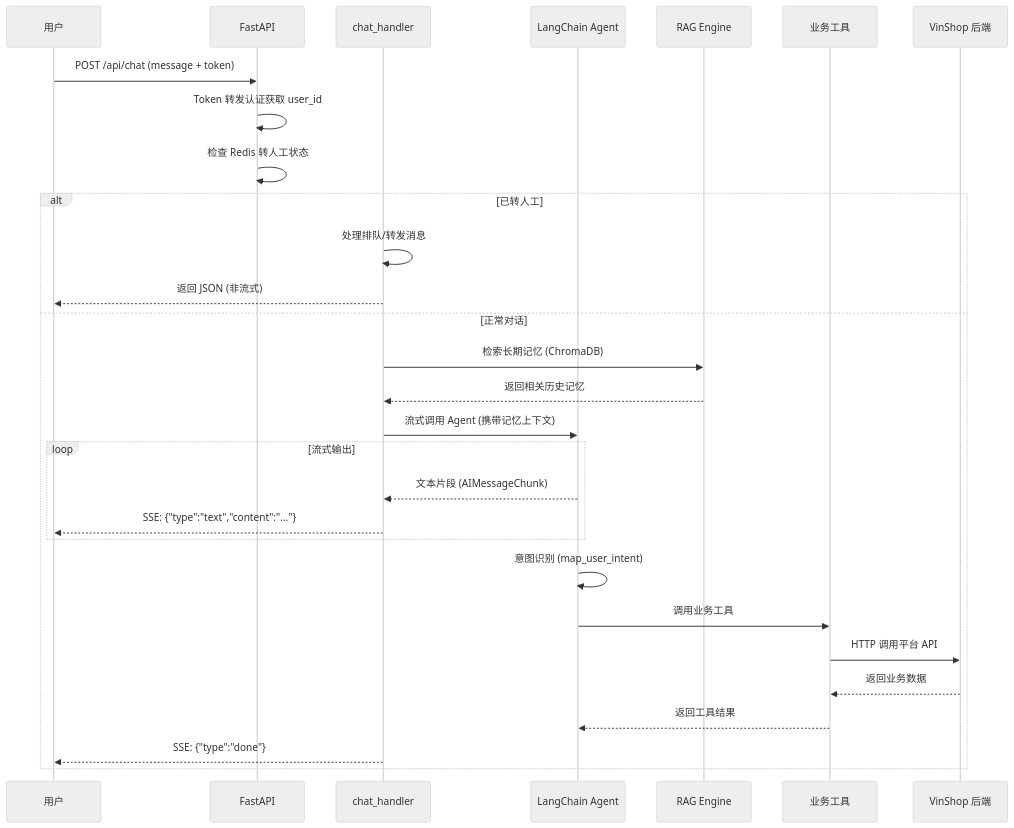
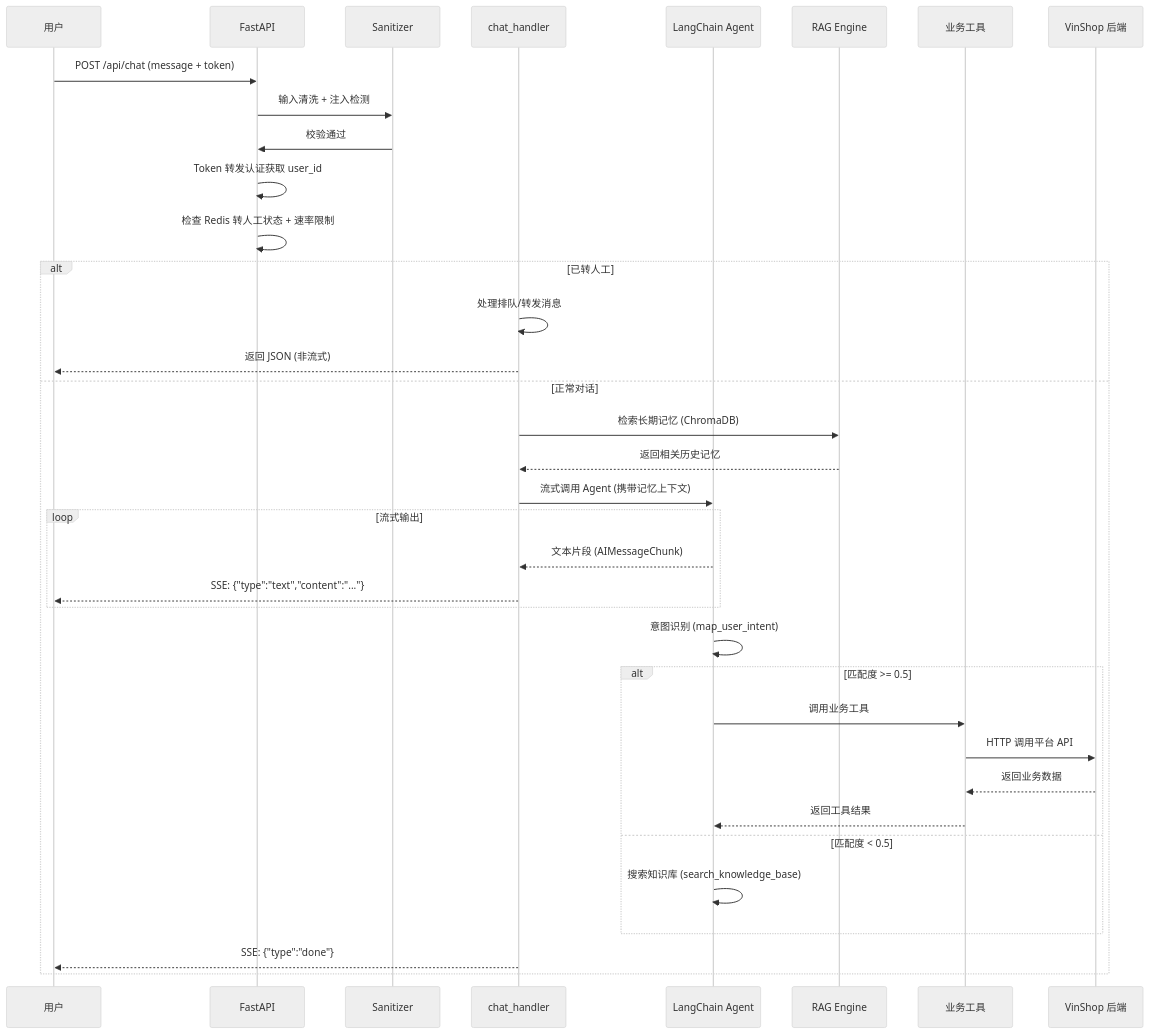
Before and after one commit to VingerChan/CustomerService_Agent: the second of 3 diagrams in README.md, drawn with Mermaid (neutral theme). The commit also changed other lines of this file and 4 other files, not shown here.

````diff
--- a/README.md
+++ b/README.md
@@ -93,33 +110,40 @@
 ```mermaid
 sequenceDiagram
     participant U as 用户
     participant API as FastAPI
+    participant San as Sanitizer
     participant Handler as chat_handler
     participant Agent as LangChain Agent
     participant RAG as RAG Engine
     participant Tools as 业务工具
     participant VinShop as VinShop 后端
 
     U->>API: POST /api/chat (message + token)
+    API->>San: 输入清洗 + 注入检测
+    San->>API: 校验通过
     API->>API: Token 转发认证获取 user_id
-    API->>API: 检查 Redis 转人工状态
+    API->>API: 检查 Redis 转人工状态 + 速率限制
 
     alt 已转人工
         Handler->>Handler: 处理排队/转发消息
         Handler-->>U: 返回 JSON (非流式)
     else 正常对话
         Handler->>RAG: 检索长期记忆 (ChromaDB)
         RAG-->>Handler: 返回相关历史记忆
         Handler->>Agent: 流式调用 Agent (携带记忆上下文)
         loop 流式输出
             Agent-->>Handler: 文本片段 (AIMessageChunk)
             Handler-->>U: SSE: {"type":"text","content":"..."}
         end
         Agent->>Agent: 意图识别 (map_user_intent)
-        Agent->>Tools: 调用业务工具
-        Tools->>VinShop: HTTP 调用平台 API
-        VinShop-->>Tools: 返回业务数据
-        Tools-->>Agent: 返回工具结果
+        alt 匹配度 >= 0.5
+            Agent->>Tools: 调用业务工具
+            Tools->>VinShop: HTTP 调用平台 API
+            VinShop-->>Tools: 返回业务数据
+            Tools-->>Agent: 返回工具结果
+        else 匹配度 < 0.5
+            Agent->>Agent: 搜索知识库 (search_knowledge_base)
+        end
         Handler-->>U: SSE: {"type":"done"}
     end
 ```
````
